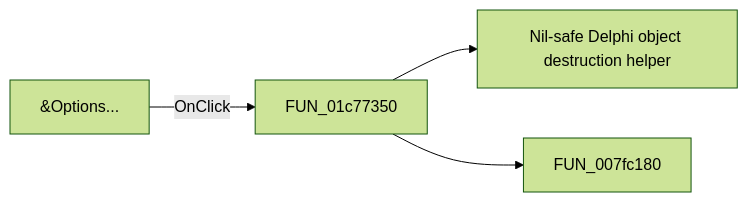
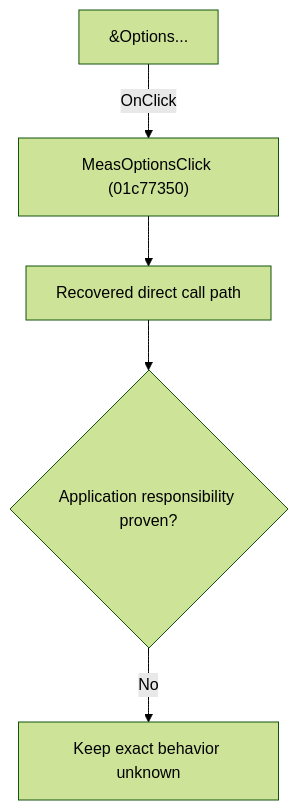
Before and after one commit to MovGP0/TIARA: the diagram in docs/ui-controls/schematiceditor/measoptions-ec8638c0f4.md, drawn with Mermaid (forest theme). The commit also changed other lines of this file and 1062 other files, not shown here.

````diff
--- a/docs/ui-controls/schematiceditor/measoptions-ec8638c0f4.md
+++ b/docs/ui-controls/schematiceditor/measoptions-ec8638c0f4.md
@@ -27,6 +27,7 @@
 ```mermaid
-flowchart LR
-    control["&Options..."] -->|OnClick| handler["FUN_01c77350"]
-    handler --> call1["Nil-safe Delphi object destruction helper"]
-    handler --> call2["FUN_007fc180"]
+flowchart TD
+    control["&Options..."] -->|"OnClick"| handler["MeasOptionsClick (01c77350)"]
+    handler --> recovered["Recovered direct call path"]
+    recovered --> gap{"Application responsibility proven?"}
+    gap -->|"No"| blocked["Keep exact behavior unknown"]
 ```
````
